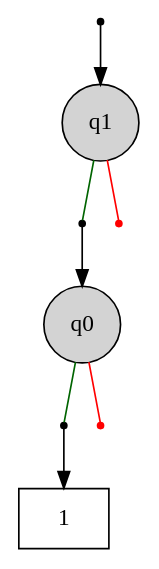
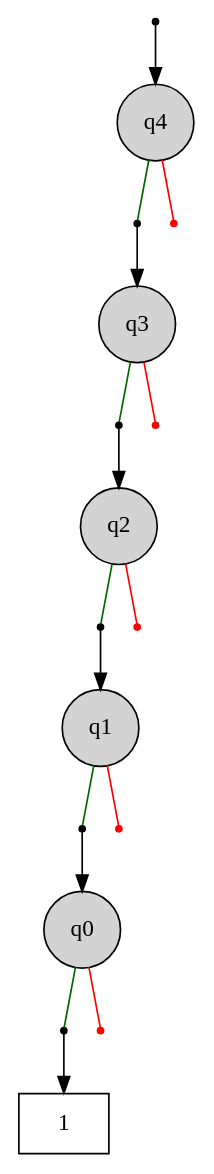
Before and after one commit to cda-tum/mqt-ddvis: the diagram in data/1.dot, drawn with Graphviz. The commit also changed 2 other files, not shown here.

```diff
--- a/data/1.dot
+++ b/data/1.dot
@@ -1,23 +1,44 @@
 digraph "DD" {
 graph [center=true, ordering=out];
 node [shape=circle, center=true];
 "T" [ shape = box, label="1" ];
 "R" [label="", shape=point];
-"0" [ label="q1" ,style=filled, fillcolor=lightgray ];
+"0" [ label="q4" ,style=filled, fillcolor=lightgray ];
 "0h0"  [label="", shape=point];
 "0h2"  [label="", shape=point , fillcolor=red, color=red];
-"1" [ label="q0" ,style=filled, fillcolor=lightgray ];
-"1h0"  [label="", shape=point ];
+"1" [ label="q3" ,style=filled, fillcolor=lightgray ];
+"1h0"  [label="", shape=point];
 "1h2"  [label="", shape=point , fillcolor=red, color=red];
+"2" [ label="q2" ,style=filled, fillcolor=lightgray ];
+"2h0"  [label="", shape=point];
+"2h2"  [label="", shape=point , fillcolor=red, color=red];
+"3" [ label="q1" ,style=filled, fillcolor=lightgray ];
+"3h0"  [label="", shape=point];
+"3h2"  [label="", shape=point , fillcolor=red, color=red];
+"4" [ label="q0" ,style=filled, fillcolor=lightgray ];
+"4h0"  [label="", shape=point ];
+"4h2"  [label="", shape=point , fillcolor=red, color=red];
 
 "R" -> "0"
 {rank=same; "0h0" "0h2"}
 "0" -> "0h0" [arrowhead=none,color=darkgreen];
 "0h0" -> "1";
 "0" -> "0h2" [arrowhead=none,color=red];
 {rank=same; "1h0" "1h2"}
 "1" -> "1h0" [arrowhead=none,color=darkgreen];
-"1h0"-> "T";
+"1h0" -> "2";
 "1" -> "1h2" [arrowhead=none,color=red];
+{rank=same; "2h0" "2h2"}
+"2" -> "2h0" [arrowhead=none,color=darkgreen];
+"2h0" -> "3";
+"2" -> "2h2" [arrowhead=none,color=red];
+{rank=same; "3h0" "3h2"}
+"3" -> "3h0" [arrowhead=none,color=darkgreen];
+"3h0" -> "4";
+"3" -> "3h2" [arrowhead=none,color=red];
+{rank=same; "4h0" "4h2"}
+"4" -> "4h0" [arrowhead=none,color=darkgreen];
+"4h0"-> "T";
+"4" -> "4h2" [arrowhead=none,color=red];
 
 }
```
